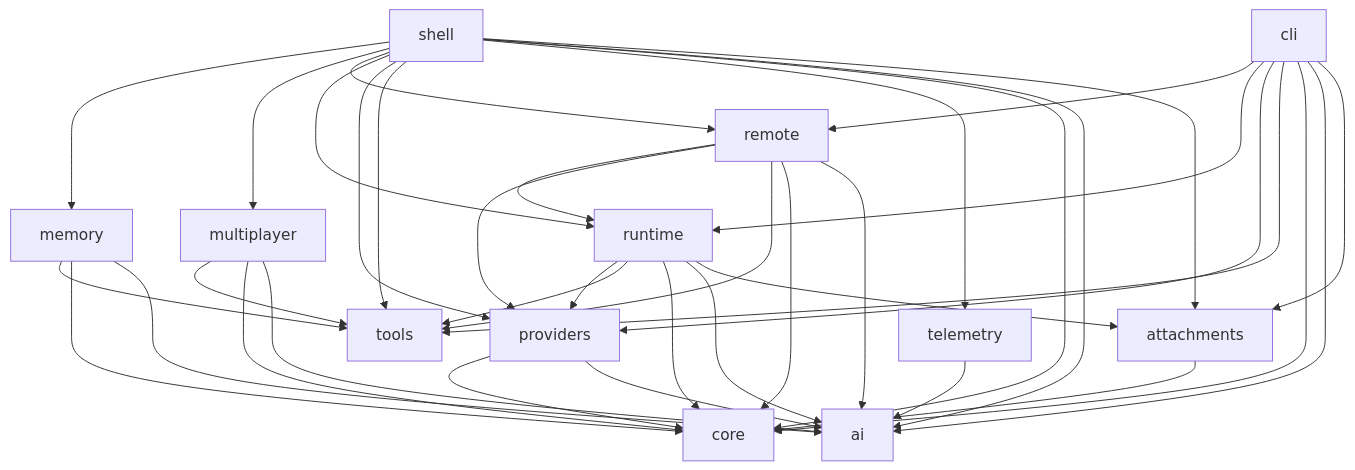
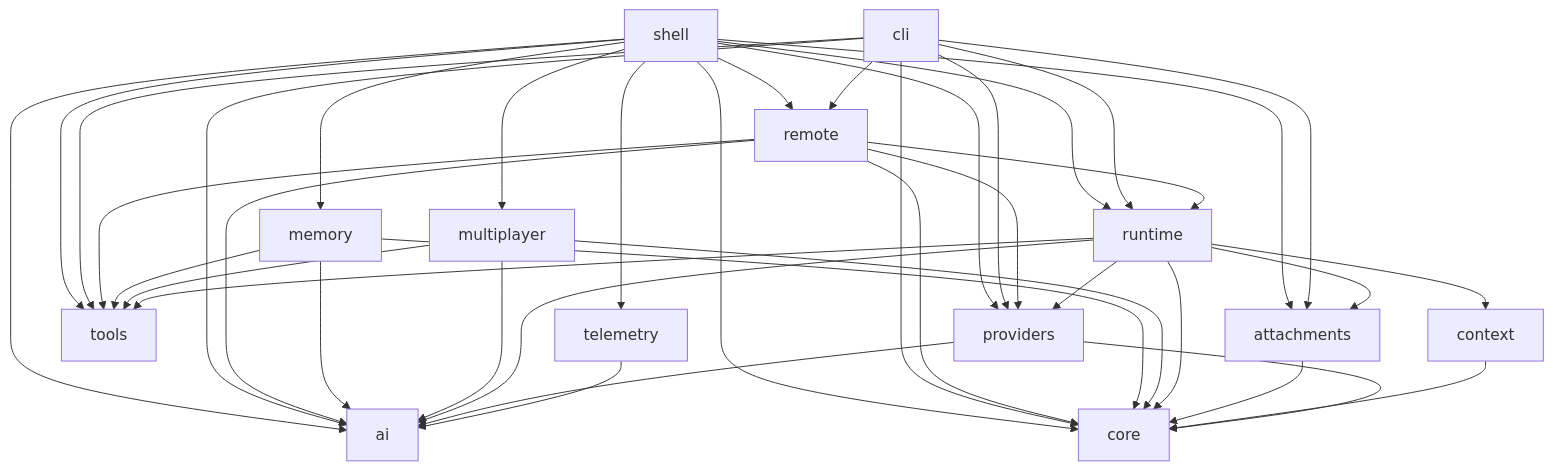
The diagram in docs/architecture.md (v3dqnt/Vivianne-Rust), drawn with Mermaid before and after one commit. The commit also changed other lines of this file and 49 other files, not shown here.

````diff
--- a/docs/architecture.md
+++ b/docs/architecture.md
@@ -35,15 +36,16 @@
 ```mermaid
 graph TD
   shell --> memory & multiplayer & remote & runtime & providers & tools & telemetry & core & ai & attachments
   cli --> remote & runtime & providers & tools & core & ai & attachments
   remote --> runtime & providers & tools & core & ai
   memory --> tools & core & ai
   multiplayer --> tools & core & ai
-  runtime --> providers & tools & core & ai & attachments
+  runtime --> providers & tools & core & ai & attachments & context
   attachments --> core
+  context --> core
   providers --> core & ai
   telemetry --> ai
   tools
   core
   ai
 ```
````
